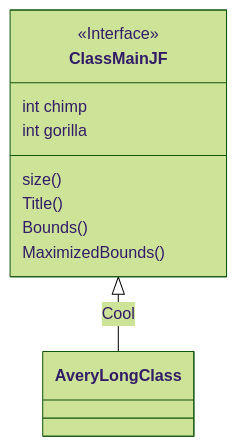
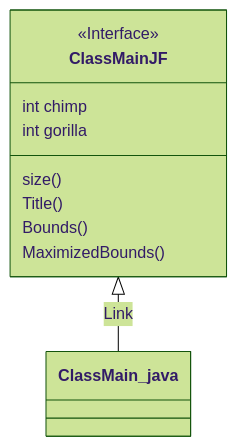
One commit to kawin101/Java_GUI_CRUD_CSV changed the third of 3 diagrams in README.md. Above: the diagram before and after it, drawn with Mermaid (forest theme).

````diff
--- a/README.md
+++ b/README.md
@@ -33,12 +33,12 @@
 ```mermaid
 classDiagram
-ClassMainJF <|-- AveryLongClass : Cool
+ClassMainJF <|-- ClassMain_java : Link
 <<Interface>> ClassMainJF
 ClassMainJF : size()
 ClassMainJF : Title()
 ClassMainJF : Bounds()
 ClassMainJF : MaximizedBounds()
 ClassMainJF : int chimp
 ClassMainJF : int gorilla
 
 ```
````
